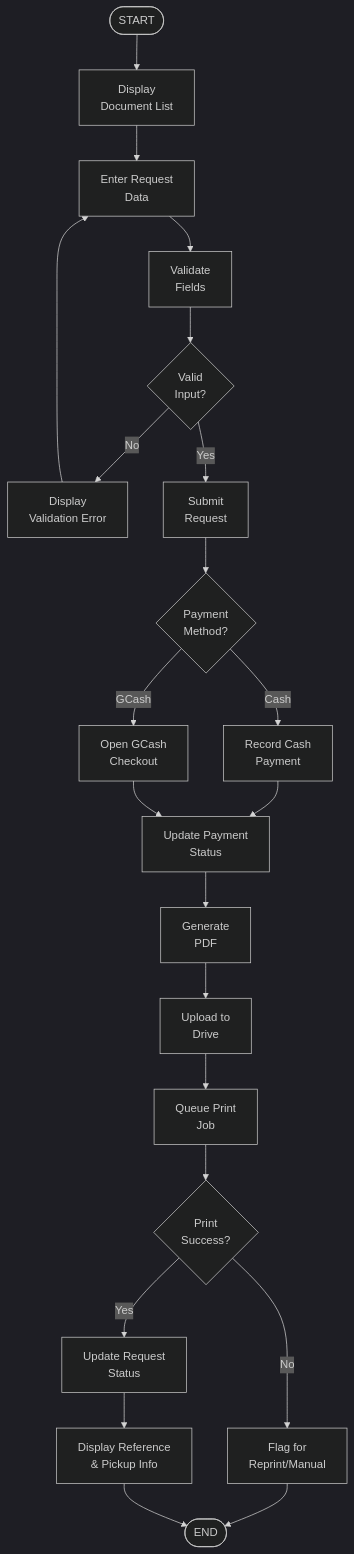
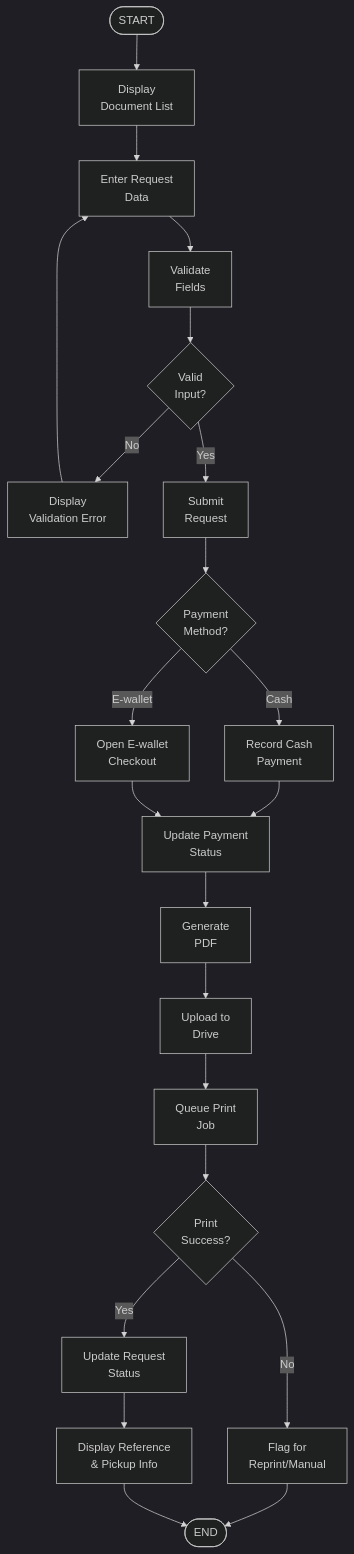
One commit to eternumzed/Kiosk changed the second of 25 diagrams in docs/flowcharts/mermaid-diagrams.md. Above: the diagram before and after it, drawn with Mermaid (dark theme). The commit also changed other lines of this file and 6 other files, not shown here.

Commit message:
flowchart adjustment

````diff
--- a/docs/flowcharts/mermaid-diagrams.md
+++ b/docs/flowcharts/mermaid-diagrams.md
@@ -55,44 +55,44 @@
 ```mermaid
 graph TD
     Start(["START"])
     ShowDocs["Display<br/>Document List"]
     EnterData["Enter Request<br/>Data"]
     Validate["Validate<br/>Fields"]
     ValidDecision{Valid<br/>Input?}
     ShowError["Display<br/>Validation Error"]
     SubmitReq["Submit<br/>Request"]
     PayDecision{Payment<br/>Method?}
     RecordCash["Record Cash<br/>Payment"]
-    ShowGCash["Open GCash<br/>Checkout"]
+    ShowEwallet["Open E-wallet<br/>Checkout"]
     UpdatePayment["Update Payment<br/>Status"]
     GenPDF["Generate<br/>PDF"]
     UploadDrive["Upload to<br/>Drive"]
     QueuePrint["Queue Print<br/>Job"]
     PrintDecision{Print<br/>Success?}
     FlagReprint["Flag for<br/>Reprint/Manual"]
     UpdateStatus["Update Request<br/>Status"]
     ShowPickup["Display Reference<br/>& Pickup Info"]
     End(["END"])
     
     Start --> ShowDocs
     ShowDocs --> EnterData
     EnterData --> Validate
     Validate --> ValidDecision
     ValidDecision -->|No| ShowError
     ShowError --> EnterData
     ValidDecision -->|Yes| SubmitReq
     SubmitReq --> PayDecision
     PayDecision -->|Cash| RecordCash
-    PayDecision -->|GCash| ShowGCash
+    PayDecision -->|E-wallet| ShowEwallet
     RecordCash --> UpdatePayment
-    ShowGCash --> UpdatePayment
+    ShowEwallet --> UpdatePayment
     UpdatePayment --> GenPDF
     GenPDF --> UploadDrive
     UploadDrive --> QueuePrint
     QueuePrint --> PrintDecision
     PrintDecision -->|No| FlagReprint
     PrintDecision -->|Yes| UpdateStatus
     FlagReprint --> End
     UpdateStatus --> ShowPickup
     ShowPickup --> End
 ```
````
